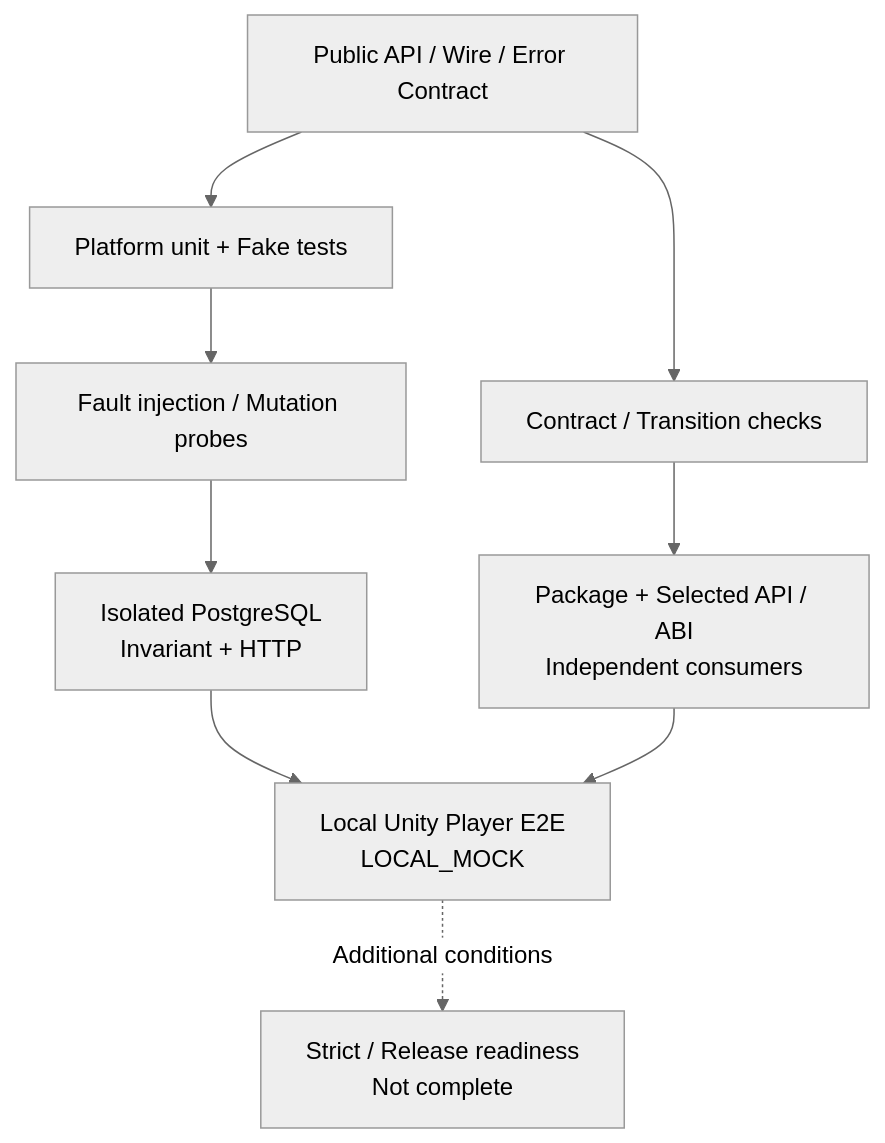
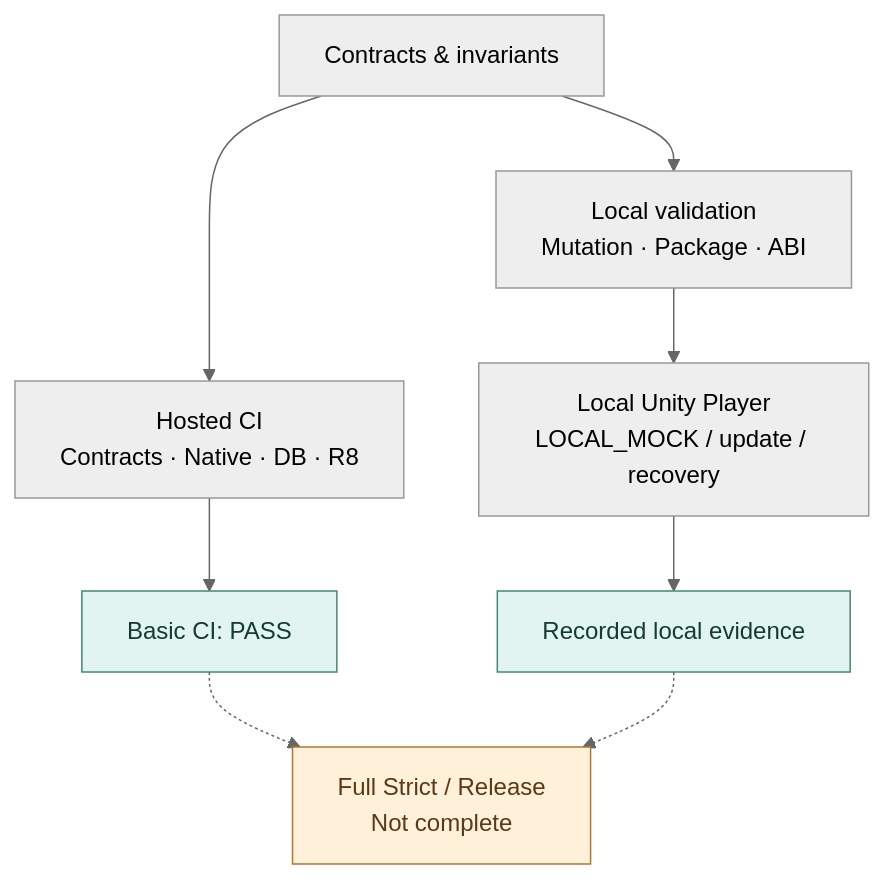
The fifth of 5 diagrams in docs/TECHNICAL_OVERVIEW.md (CodingBot000/GameBridge_SDK), drawn with Mermaid (neutral theme) before and after one commit. The commit also changed other lines of this file and 4 other files, not shown here.

Commit message:
docs: validate portfolio diagrams and index public verification evidence (#22)

````diff
--- a/docs/TECHNICAL_OVERVIEW.md
+++ b/docs/TECHNICAL_OVERVIEW.md
@@ -274,12 +233,14 @@
 ```mermaid
 flowchart TB
-    A["Public API / Wire / Error Contract"]
-    A --> B["Platform unit + Fake tests"]
-    A --> C["Contract / Transition checks"]
-    B --> D["Fault injection / Mutation probes"]
-    D --> E["Isolated PostgreSQL<br/>Invariant + HTTP"]
-    C --> F["Package + Selected API / ABI<br/>Independent consumers"]
-    E --> G["Local Unity Player E2E<br/>LOCAL_MOCK"]
-    F --> G
-    G -. "Additional conditions" .-> H["Strict / Release readiness<br/>Not complete"]
+    A["Contracts & invariants"] --> H["Hosted CI<br/>Contracts · Native · DB · R8"]
+    A --> L["Local validation<br/>Mutation · Package · ABI"]
+    L --> P["Local Unity Player<br/>LOCAL_MOCK / update / recovery"]
+    H --> E["Basic CI: PASS"]
+    P --> V["Recorded local evidence"]
+    E -.-> S["Full Strict / Release<br/>Not complete"]
+    V -.-> S
+    classDef verified fill:#e1f4ef,stroke:#428878,color:#143b34
+    classDef incomplete fill:#fff0d9,stroke:#ac7931,color:#5c3816
+    class E,V verified
+    class S incomplete
 ```
````
